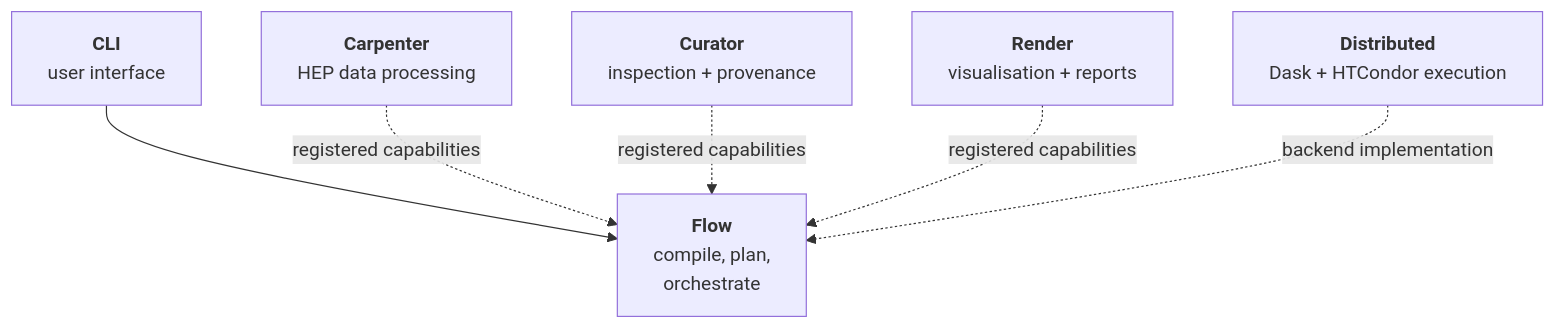
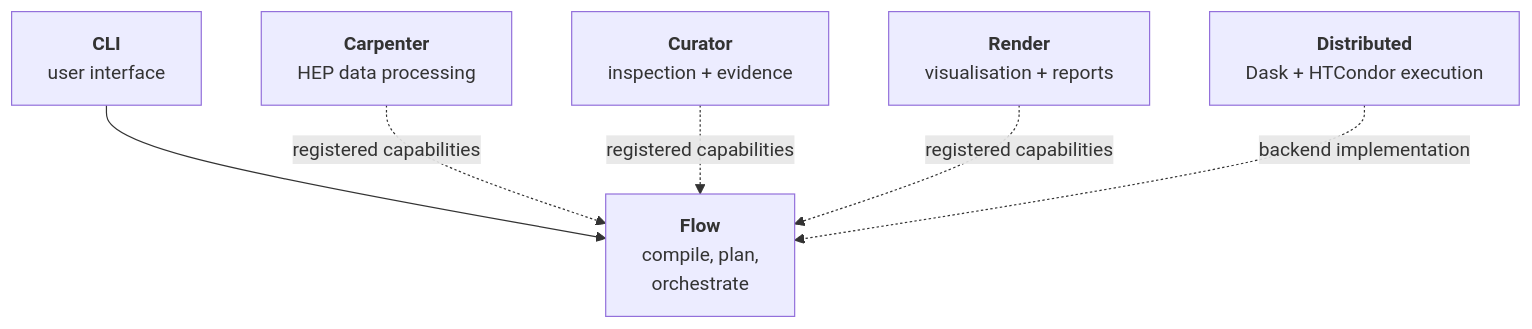
The diagram in content/packages/_index.md (FAST-HEP/fast-hep.github.io), drawn with Mermaid before and after one commit. The commit also changed other lines of this file and 9 other files, not shown here.

Commit message:
docs: expand architecture concept guidance

````diff
--- a/content/packages/_index.md
+++ b/content/packages/_index.md
@@ -17,18 +17,18 @@
 ```mermaid
 flowchart TD
     CLI["<b>CLI</b><br/>user interface"]:::input
 
     Flow["<b>Flow</b><br/>compile, plan,<br/>orchestrate"]:::flow
 
     Carpenter["<b>Carpenter</b><br/>HEP data processing"]:::capability
-    Curator["<b>Curator</b><br/>inspection + provenance"]:::capability
+    Curator["<b>Curator</b><br/>inspection + evidence"]:::capability
     Render["<b>Render</b><br/>visualisation + reports"]:::capability
     Distributed["<b>Distributed</b><br/>Dask + HTCondor execution"]:::capability
 
     CLI --> Flow
 
     Carpenter -.->|"registered capabilities"| Flow
     Curator -.->|"registered capabilities"| Flow
     Render -.->|"registered capabilities"| Flow
     Distributed -.->|"backend implementation"| Flow
 ```
````
